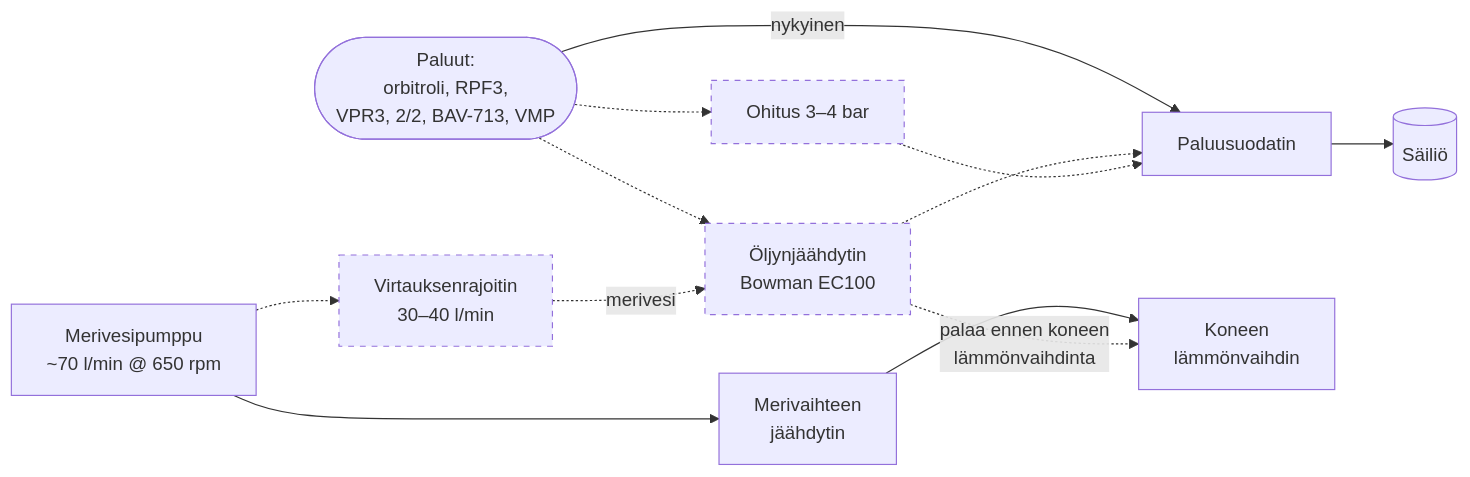
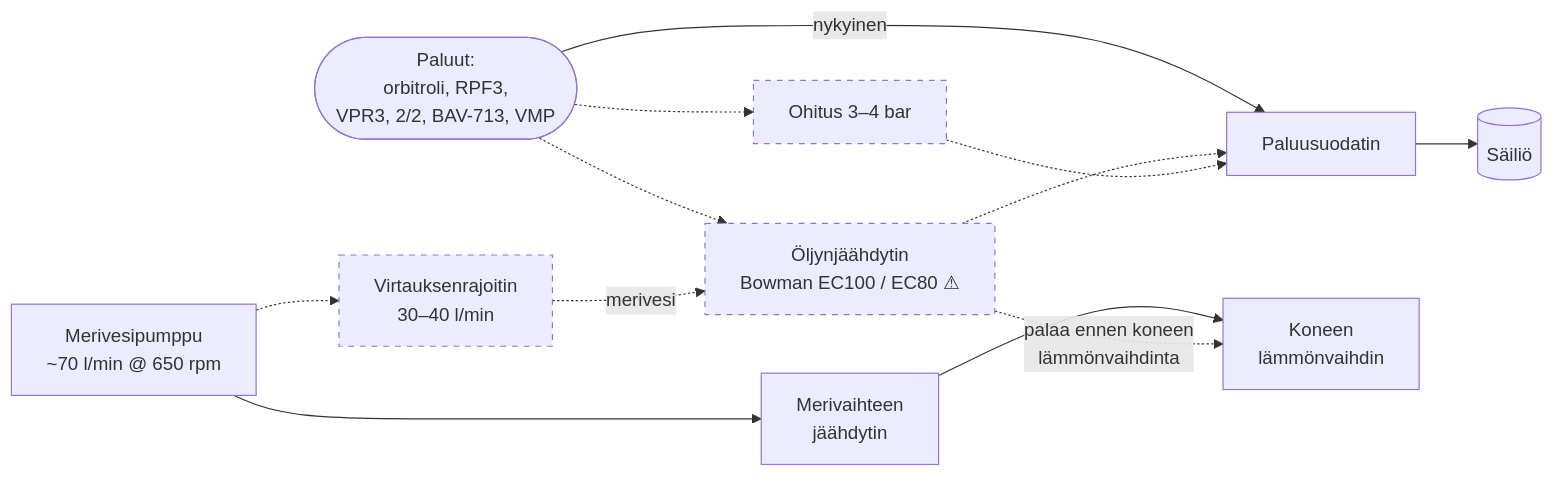
The third of 3 diagrams in hydraulics/schematic.md (plektra/vega-systems), drawn with Mermaid before and after one commit. The commit also changed 4 other files, not shown here.

````diff
--- a/hydraulics/schematic.md
+++ b/hydraulics/schematic.md
@@ -118,24 +118,24 @@
 ```mermaid
 flowchart LR
   RET(["Paluut:<br/>orbitroli, RPF3,<br/>VPR3, 2/2, BAV-713, VMP"])
-  COOL["Öljynjäähdytin<br/>Bowman EC100"]
+  COOL["Öljynjäähdytin<br/>Bowman EC100 / EC80 ⚠"]
   BYP["Ohitus 3–4 bar"]
   FILT["Paluusuodatin"]
   TANK[("Säiliö")]
   RWP["Merivesipumppu<br/>~70 l/min @ 650 rpm"]
   LIM["Virtauksenrajoitin<br/>30–40 l/min"]
   GBC["Merivaihteen<br/>jäähdytin"]
   EHX["Koneen<br/>lämmönvaihdin"]
 
   RET -->|nykyinen| FILT
   RET -.-> COOL -.-> FILT
   RET -.-> BYP -.-> FILT
   FILT --> TANK
 
   RWP --> GBC --> EHX
   RWP -.-> LIM -.->|merivesi| COOL
   COOL -.->|"palaa ennen koneen<br/>lämmönvaihdinta"| EHX
 
   classDef planned stroke-dasharray: 5 5
   class COOL,BYP,LIM planned
 ```
````
